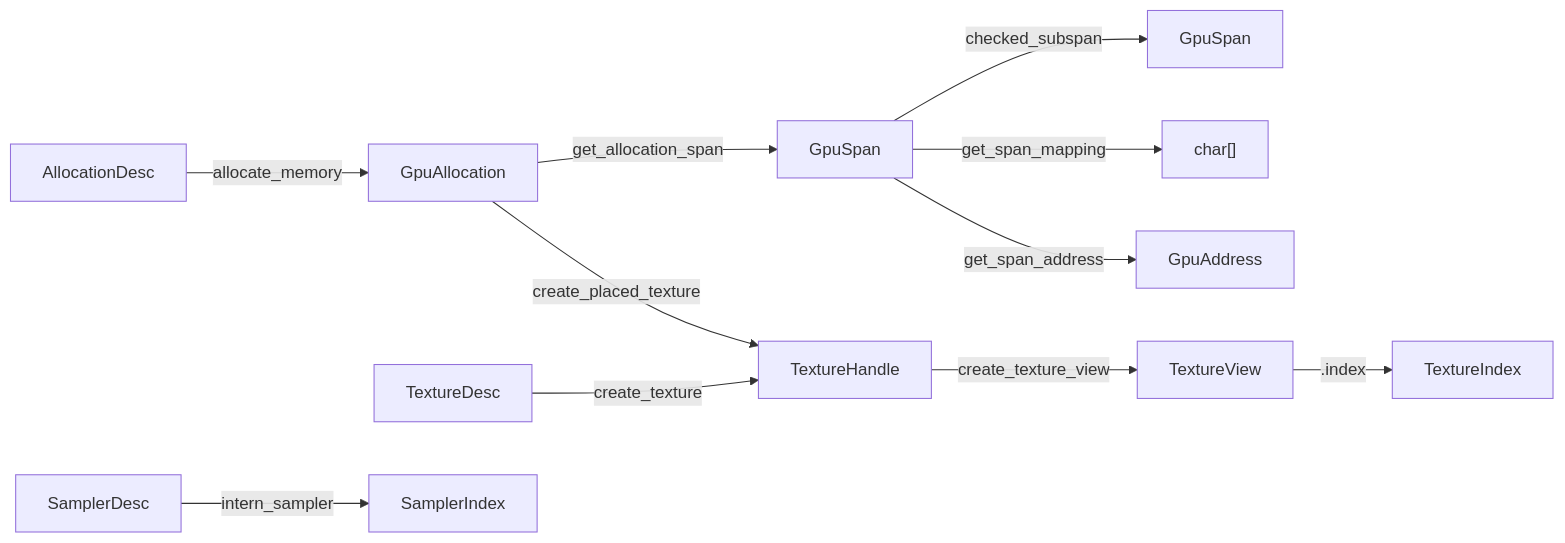
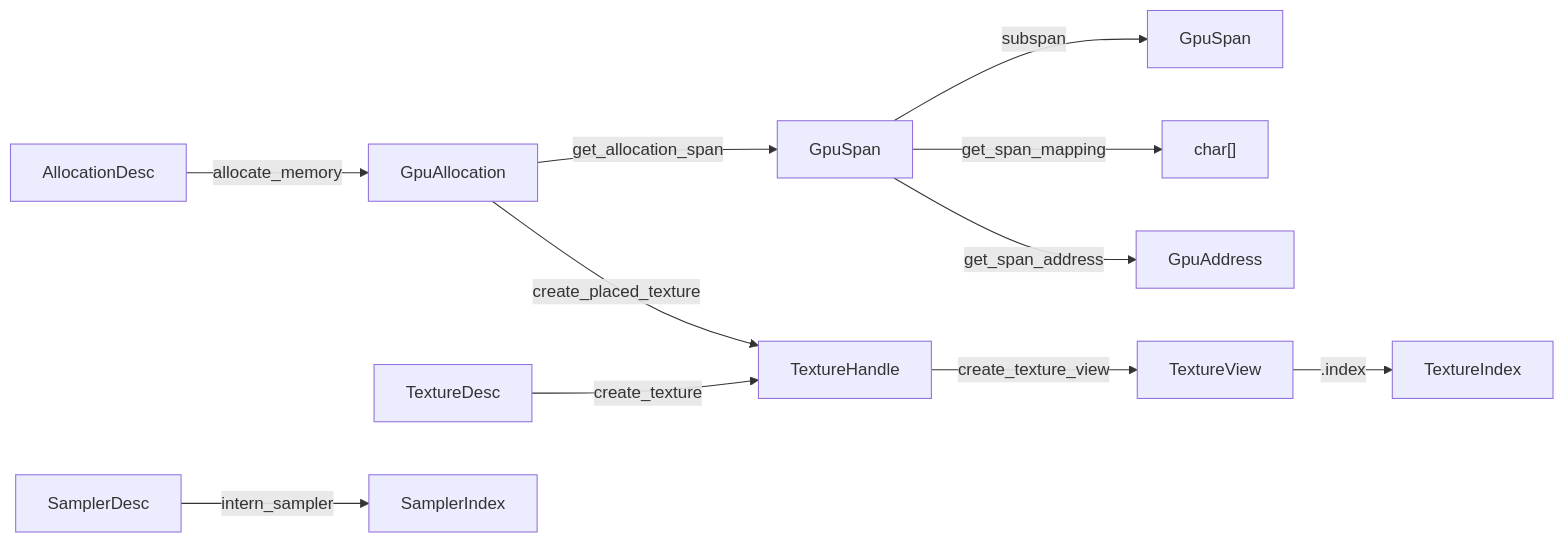
One commit to fesoliveira014/gpu.c3l changed the first of 2 diagrams in docs/api/memory_and_resources.md. Above: the diagram before and after it, drawn with Mermaid. The commit also changed other lines of this file and 59 other files, not shown here.

First line of the commit message:
feat!: enforce memory and span rules as contracts; rename checked_subspan to subspan

````diff
--- a/docs/api/memory_and_resources.md
+++ b/docs/api/memory_and_resources.md
@@ -12,13 +12,13 @@
 ```mermaid
 flowchart LR
     AD[AllocationDesc] -->|allocate_memory| A[GpuAllocation]
     A -->|get_allocation_span| S[GpuSpan]
-    S -->|checked_subspan| S2[GpuSpan]
+    S -->|subspan| S2[GpuSpan]
     S -->|get_span_mapping| M["char[]"]
     S -->|get_span_address| G[GpuAddress]
     TD[TextureDesc] -->|create_texture| T[TextureHandle]
     A -->|create_placed_texture| T
     T -->|create_texture_view| V[TextureView]
     V -->|.index| TI[TextureIndex]
     SD[SamplerDesc] -->|intern_sampler| SI[SamplerIndex]
 ```
````
